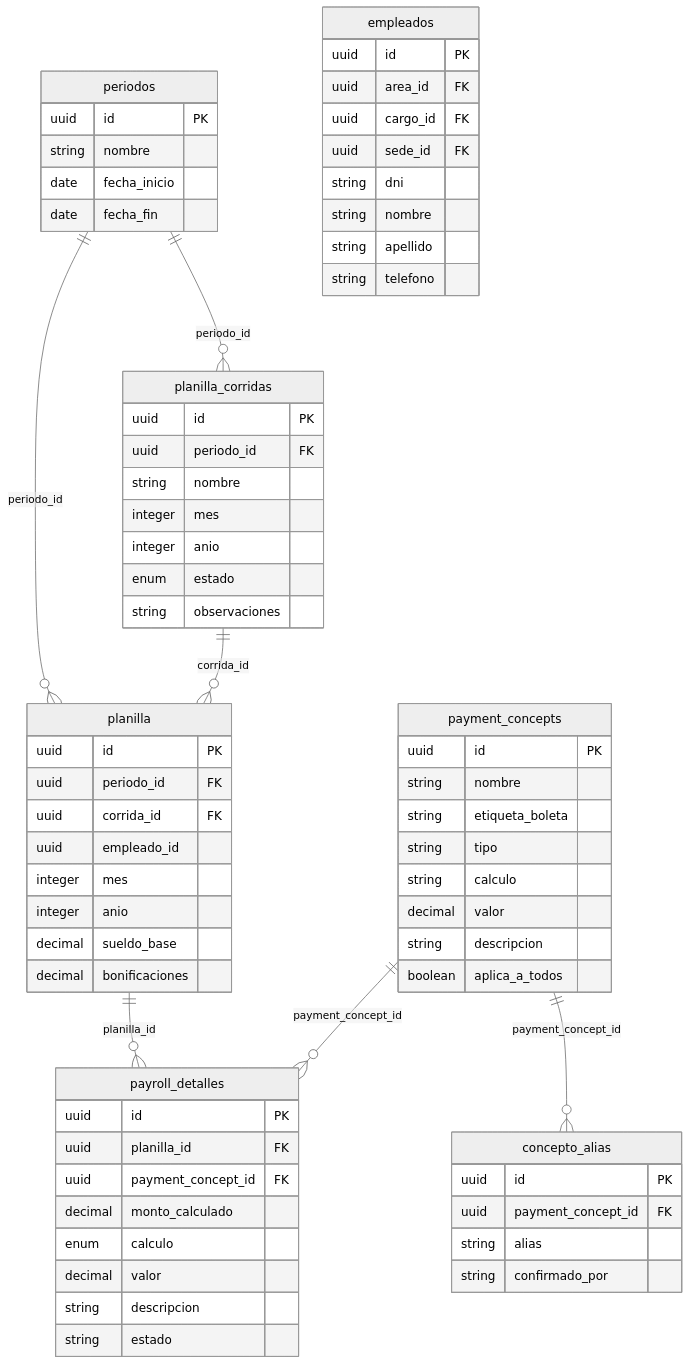
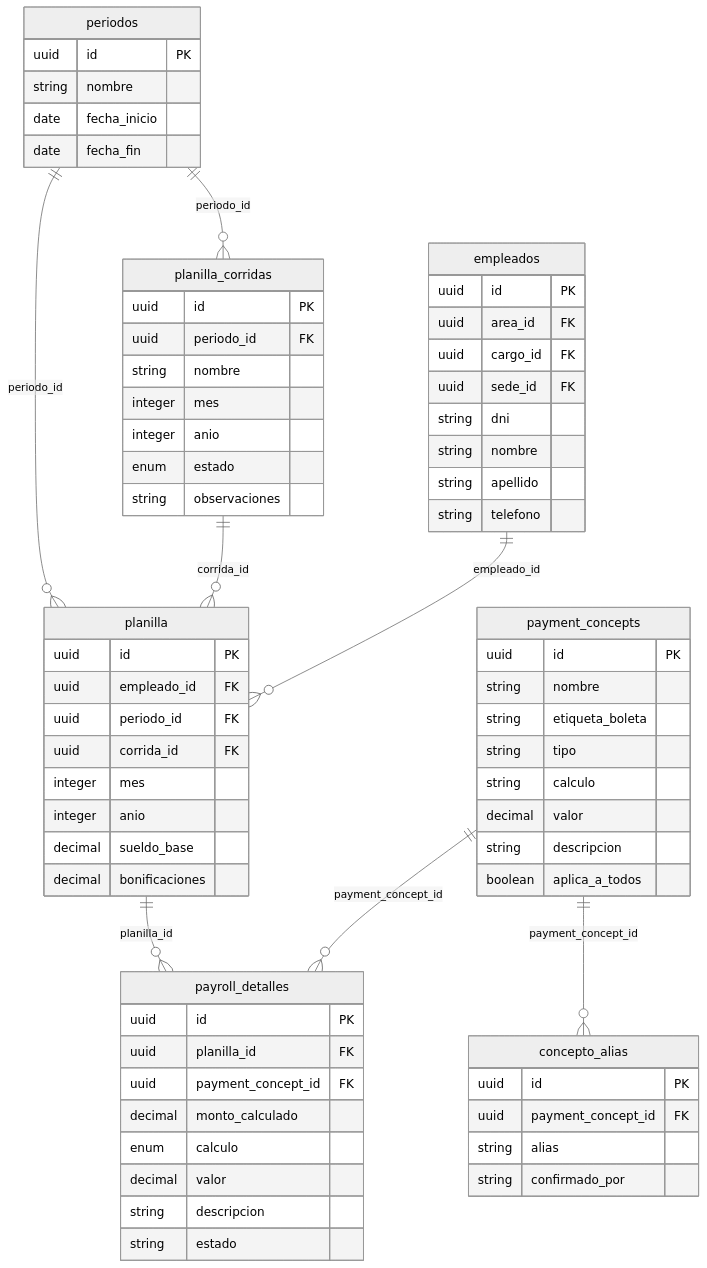
One commit to Drewpl2021/CATA-Recibo changed the diagram in docs/modelo-planilla.mmd. Above: the diagram before and after it, drawn with Mermaid (neutral theme). The commit also changed 14 other files, not shown here.

```diff
--- a/docs/modelo-planilla.mmd
+++ b/docs/modelo-planilla.mmd
@@ -1,68 +1,69 @@
 erDiagram
     planilla {
         uuid id PK
+        uuid empleado_id FK
         uuid periodo_id FK
         uuid corrida_id FK
-        uuid empleado_id
         integer mes
         integer anio
         decimal sueldo_base
         decimal bonificaciones
     }
     payroll_detalles {
         uuid id PK
         uuid planilla_id FK
         uuid payment_concept_id FK
         decimal monto_calculado
         enum calculo
         decimal valor
         string descripcion
         string estado
     }
     payment_concepts {
         uuid id PK
         string nombre
         string etiqueta_boleta
         string tipo
         string calculo
         decimal valor
         string descripcion
         boolean aplica_a_todos
     }
     concepto_alias {
         uuid id PK
         uuid payment_concept_id FK
         string alias
         string confirmado_por
     }
     planilla_corridas {
         uuid id PK
         uuid periodo_id FK
         string nombre
         integer mes
         integer anio
         enum estado
         string observaciones
     }
     periodos {
         uuid id PK
         string nombre
         date fecha_inicio
         date fecha_fin
     }
     empleados {
         uuid id PK
         uuid area_id FK
         uuid cargo_id FK
         uuid sede_id FK
         string dni
         string nombre
         string apellido
         string telefono
     }
     periodos ||--o{ planilla_corridas : "periodo_id"
     periodos ||--o{ planilla : "periodo_id"
     planilla_corridas ||--o{ planilla : "corrida_id"
     planilla ||--o{ payroll_detalles : "planilla_id"
     payment_concepts ||--o{ payroll_detalles : "payment_concept_id"
     payment_concepts ||--o{ concepto_alias : "payment_concept_id"
+    empleados ||--o{ planilla : "empleado_id"
```
